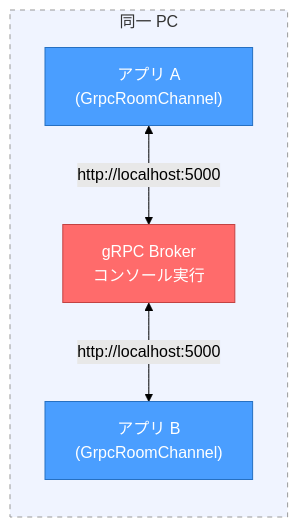
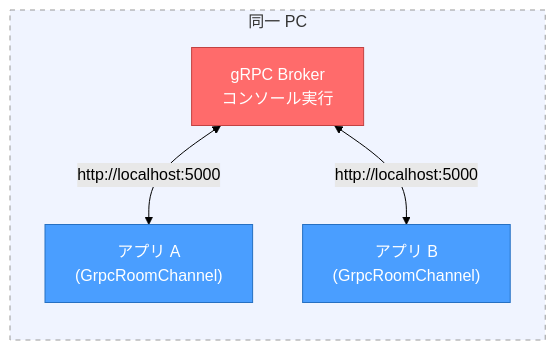
One commit to jun8k2003/RCOM13162 changed the second of 4 diagrams in README.md. Above: the diagram before and after it, drawn with Mermaid (forest theme). The commit also changed other lines of this file, not shown here.

````diff
--- a/README.md
+++ b/README.md
@@ -56,12 +56,12 @@
 ```mermaid
 graph LR
     subgraph PC["同一 PC"]
-        A["アプリ A<br/>(GrpcRoomChannel)"] <-->|"http://localhost:5000"| S["gRPC Broker<br/>コンソール実行"]
+         S["gRPC Broker<br/>コンソール実行"]<-->|"http://localhost:5000"|A["アプリ A<br/>(GrpcRoomChannel)"] 
         S <-->|"http://localhost:5000"| B["アプリ B<br/>(GrpcRoomChannel)"]
     end
 
     style A fill:#4a9eff,stroke:#2670c2,color:#fff
     style B fill:#4a9eff,stroke:#2670c2,color:#fff
     style S fill:#ff6b6b,stroke:#c24242,color:#fff
     style PC fill:#f0f4ff,stroke:#999,stroke-dasharray:5 5,color:#333
 ```
````
